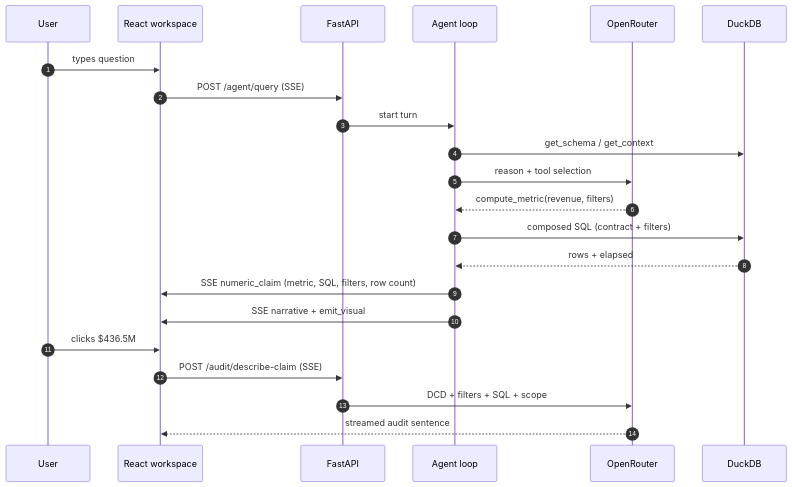
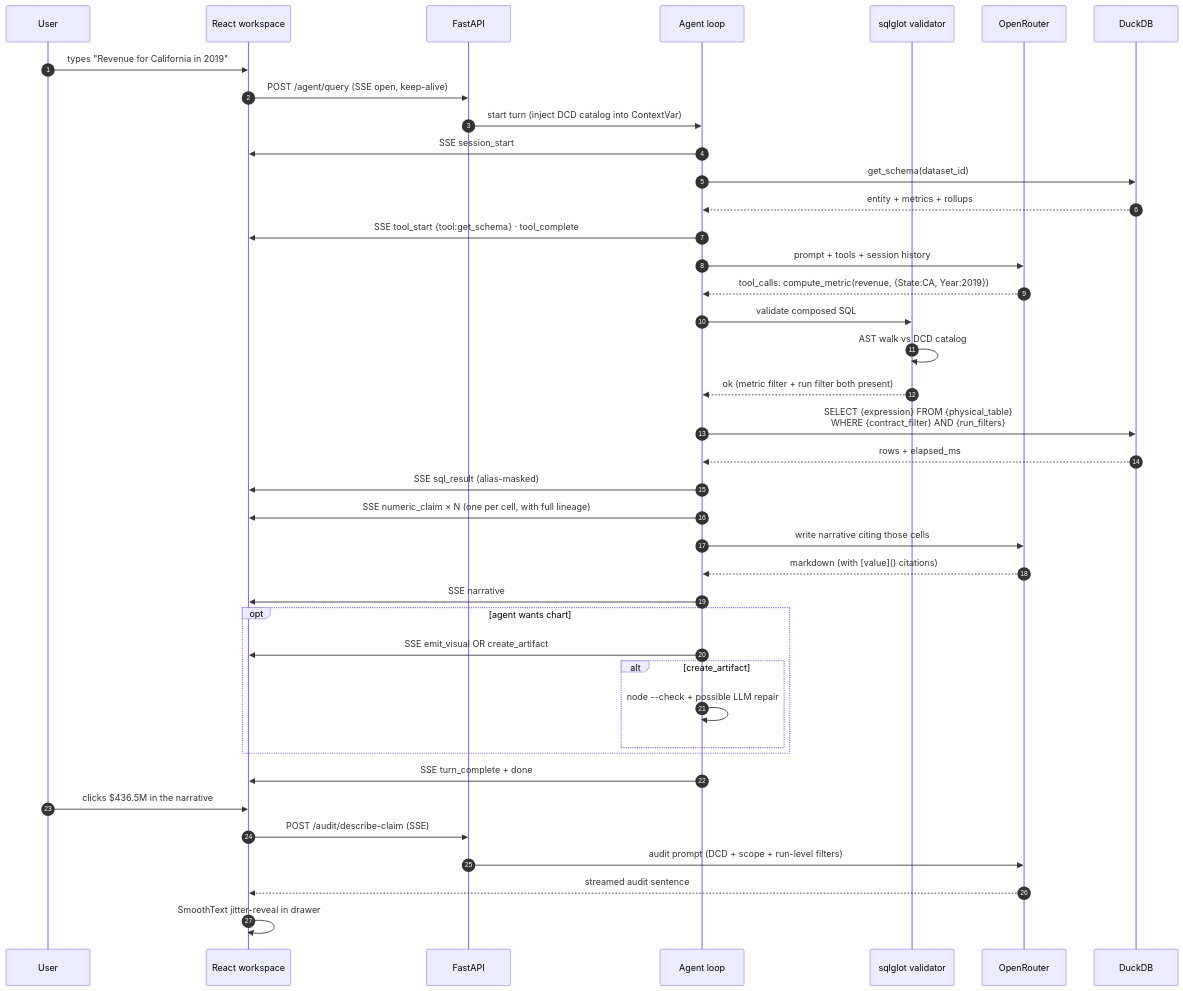
The seventh of 7 diagrams in README.md (hitakshiA/Manthan), drawn with Mermaid before and after one commit. The commit also changed other lines of this file, not shown here.

````diff
--- a/README.md
+++ b/README.md
@@ -125,25 +588,43 @@
 ```mermaid
 sequenceDiagram
     autonumber
     participant U as User
     participant FE as React workspace
     participant API as FastAPI
     participant Agent as Agent loop
+    participant Val as sqlglot validator
     participant LLM as OpenRouter
     participant DB as DuckDB
 
-    U->>FE: types question
-    FE->>API: POST /agent/query (SSE)
-    API->>Agent: start turn
-    Agent->>DB: get_schema / get_context
-    Agent->>LLM: reason + tool selection
-    LLM-->>Agent: compute_metric(revenue, filters)
-    Agent->>DB: composed SQL (contract + filters)
-    DB-->>Agent: rows + elapsed
-    Agent->>FE: SSE numeric_claim (metric, SQL, filters, row count)
-    Agent->>FE: SSE narrative + emit_visual
-    U->>FE: clicks $436.5M
+    U->>FE: types "Revenue for California in 2019"
+    FE->>API: POST /agent/query (SSE open, keep-alive)
+    API->>Agent: start turn (inject DCD catalog into ContextVar)
+    Agent->>FE: SSE session_start
+    Agent->>DB: get_schema(dataset_id)
+    DB-->>Agent: entity + metrics + rollups
+    Agent->>FE: SSE tool_start {tool:get_schema} · tool_complete
+    Agent->>LLM: prompt + tools + session history
+    LLM-->>Agent: tool_calls: compute_metric(revenue, {State:CA, Year:2019})
+    Agent->>Val: validate composed SQL
+    Val->>Val: AST walk vs DCD catalog
+    Val-->>Agent: ok (metric filter + run filter both present)
+    Agent->>DB: SELECT {expression} FROM {physical_table}<br/>WHERE {contract_filter} AND {run_filters}
+    DB-->>Agent: rows + elapsed_ms
+    Agent->>FE: SSE sql_result (alias-masked)
+    Agent->>FE: SSE numeric_claim × N (one per cell, with full lineage)
+    Agent->>LLM: write narrative citing those cells
+    LLM-->>Agent: markdown (with [value]() citations)
+    Agent->>FE: SSE narrative
+    opt agent wants chart
+        Agent->>FE: SSE emit_visual OR create_artifact
+        alt create_artifact
+            Agent->>Agent: node --check + possible LLM repair
+        end
+    end
+    Agent->>FE: SSE turn_complete + done
+    U->>FE: clicks $436.5M in the narrative
     FE->>API: POST /audit/describe-claim (SSE)
-    API->>LLM: DCD + filters + SQL + scope
+    API->>LLM: audit prompt (DCD + scope + run-level filters)
     LLM-->>FE: streamed audit sentence
+    FE->>FE: SmoothText jitter-reveal in drawer
 ```
````
